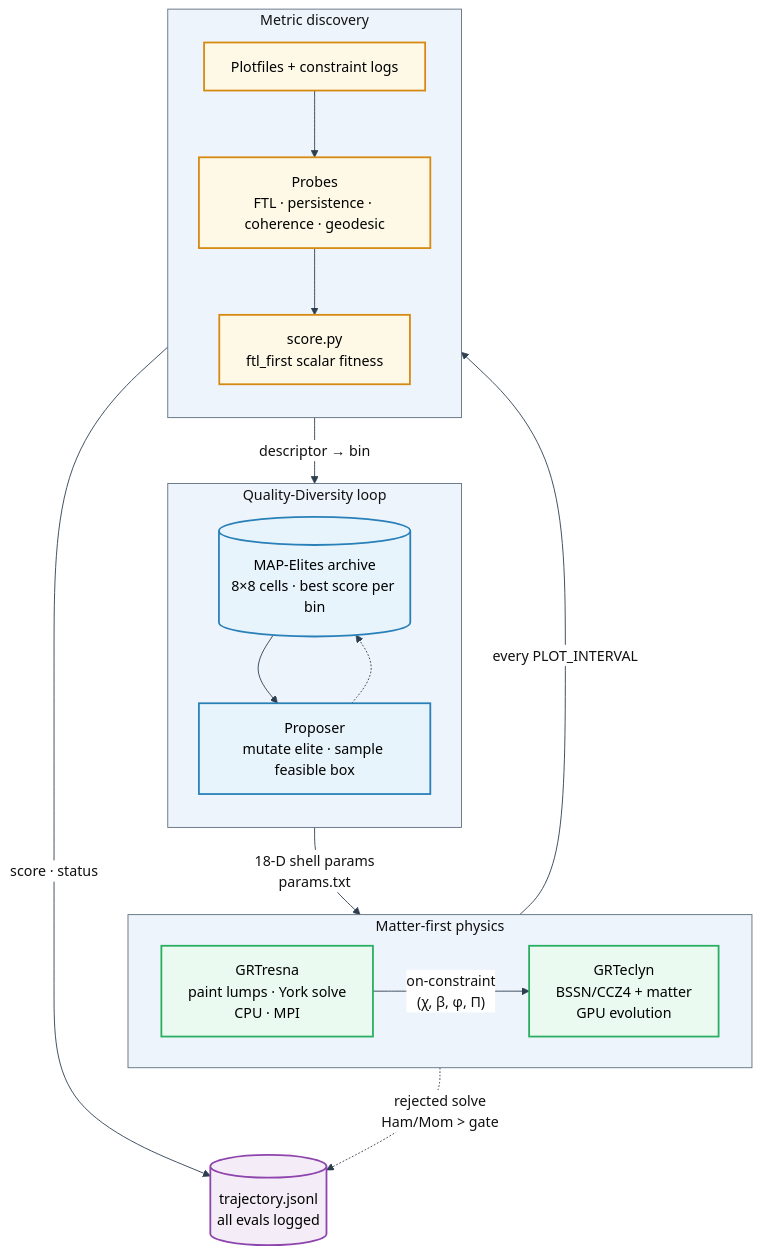
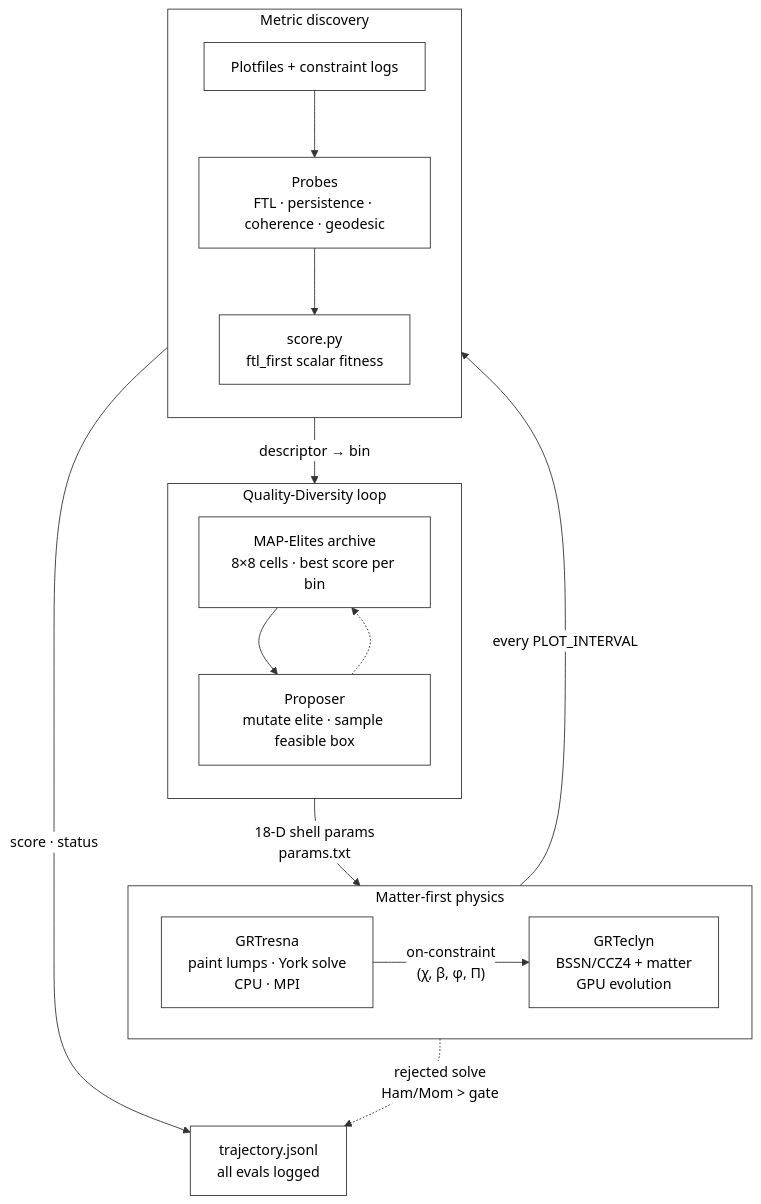
One commit to Nikchik-coder/GRTeclyn changed the first of 2 diagrams in research/neuralspacetime/MapElites.md. Above: the diagram before and after it, drawn with Mermaid. The commit also changed other lines of this file, not shown here.

Commit message:
docs(MapElites): simplify diagrams to white boxes and dark arrows
Drop colored node classes and use a minimal white Mermaid theme so boxes and connections stay readable in dark previews.

````diff
--- a/research/neuralspacetime/MapElites.md
+++ b/research/neuralspacetime/MapElites.md
@@ -64,44 +64,34 @@
 ```mermaid
-%%{init: {'theme':'base', 'themeVariables': {'darkMode':false,'background':'#ffffff','mainBkg':'#ffffff','secondBkg':'#f8f9fa','tertiaryBkg':'#ffffff','clusterBkg':'#eef4fb','clusterBorder':'#5d6d7e','lineColor':'#2c3e50','arrowheadColor':'#2c3e50','primaryTextColor':'#111111','secondaryTextColor':'#111111','tertiaryTextColor':'#111111','primaryColor':'#e8f4fc','primaryBorderColor':'#2980b9','secondaryColor':'#eafaf1','secondaryBorderColor':'#27ae60','tertiaryColor':'#fef9e7','tertiaryBorderColor':'#d68910','edgeLabelBackground':'#ffffff','edgeLabelTextColor':'#111111','titleColor':'#111111','nodeBorder':'#5d6d7e'}}}%%
+%%{init: {'theme':'base', 'themeVariables': {'darkMode':false,'background':'#ffffff','mainBkg':'#ffffff','clusterBkg':'#ffffff','clusterBorder':'#333333','lineColor':'#333333','arrowheadColor':'#333333','primaryColor':'#ffffff','primaryBorderColor':'#333333','secondaryColor':'#ffffff','secondaryBorderColor':'#333333','tertiaryColor':'#ffffff','tertiaryBorderColor':'#333333','primaryTextColor':'#000000','secondaryTextColor':'#000000','tertiaryTextColor':'#000000','edgeLabelBackground':'#ffffff','edgeLabelTextColor':'#000000','titleColor':'#000000'}}}%%
 flowchart TB
     subgraph SEARCH["Quality-Diversity loop"]
         direction TB
-        ARCHIVE[("MAP-Elites archive<br/>8×8 cells · best score per bin")]
+        ARCHIVE["MAP-Elites archive<br/>8×8 cells · best score per bin"]
         PROPOSE["Proposer<br/>mutate elite · sample feasible box"]
         ARCHIVE --> PROPOSE
     end
 
     subgraph PHYSICS["Matter-first physics"]
         direction LR
         GRTRESNA["GRTresna<br/>paint lumps · York solve<br/>CPU · MPI"]
         GRTECLYN["GRTeclyn<br/>BSSN/CCZ4 + matter<br/>GPU evolution"]
         GRTRESNA -->|"on-constraint<br/>(χ, β, φ, Π)"| GRTECLYN
     end
 
     subgraph DISCOVERY["Metric discovery"]
         direction TB
         PLOTS["Plotfiles + constraint logs"]
         PROBES["Probes<br/>FTL · persistence · coherence · geodesic"]
         FITNESS["score.py<br/>ftl_first scalar fitness"]
         PLOTS --> PROBES --> FITNESS
     end
 
-    LOG[("trajectory.jsonl<br/>all evals logged")]
+    LOG["trajectory.jsonl<br/>all evals logged"]
 
     PROPOSE -->|"18-D shell params<br/>params.txt"| GRTRESNA
     GRTRESNA -.->|"rejected solve<br/>Ham/Mom > gate"| LOG
     GRTECLYN -->|"every PLOT_INTERVAL"| PLOTS
     FITNESS -->|"descriptor → bin"| ARCHIVE
     FITNESS -->|"score · status"| LOG
     PROPOSE -.-> ARCHIVE
-
-    classDef search fill:#e8f4fc,stroke:#2980b9,stroke-width:2px,color:#000
-    classDef physics fill:#eafaf1,stroke:#27ae60,stroke-width:2px,color:#000
-    classDef metrics fill:#fef9e7,stroke:#d68910,stroke-width:2px,color:#000
-    classDef store fill:#f4ecf7,stroke:#8e44ad,stroke-width:2px,color:#000
-
-    class ARCHIVE,PROPOSE search
-    class GRTRESNA,GRTECLYN physics
-    class PLOTS,PROBES,FITNESS metrics
-    class LOG store
 ```
````
